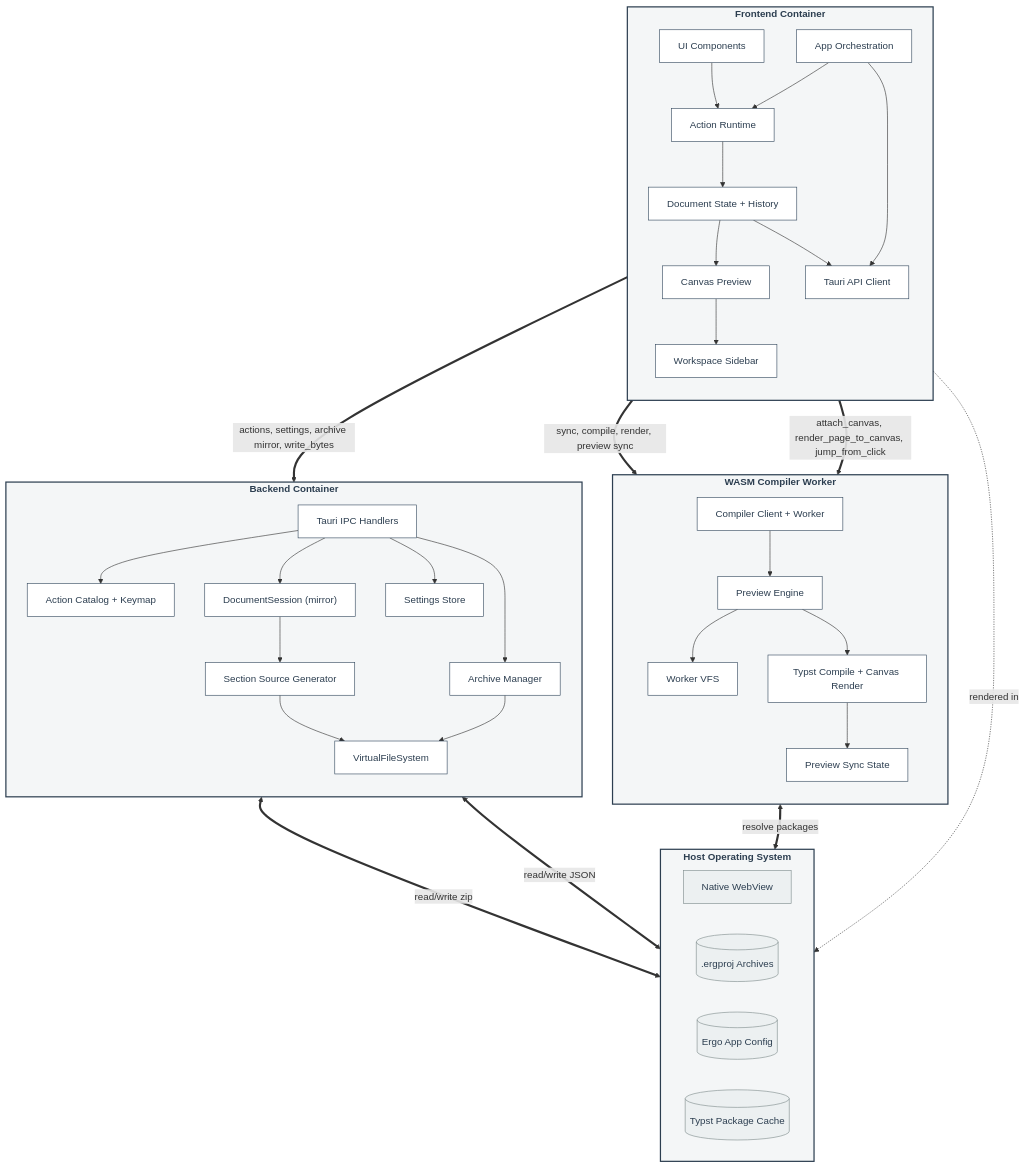
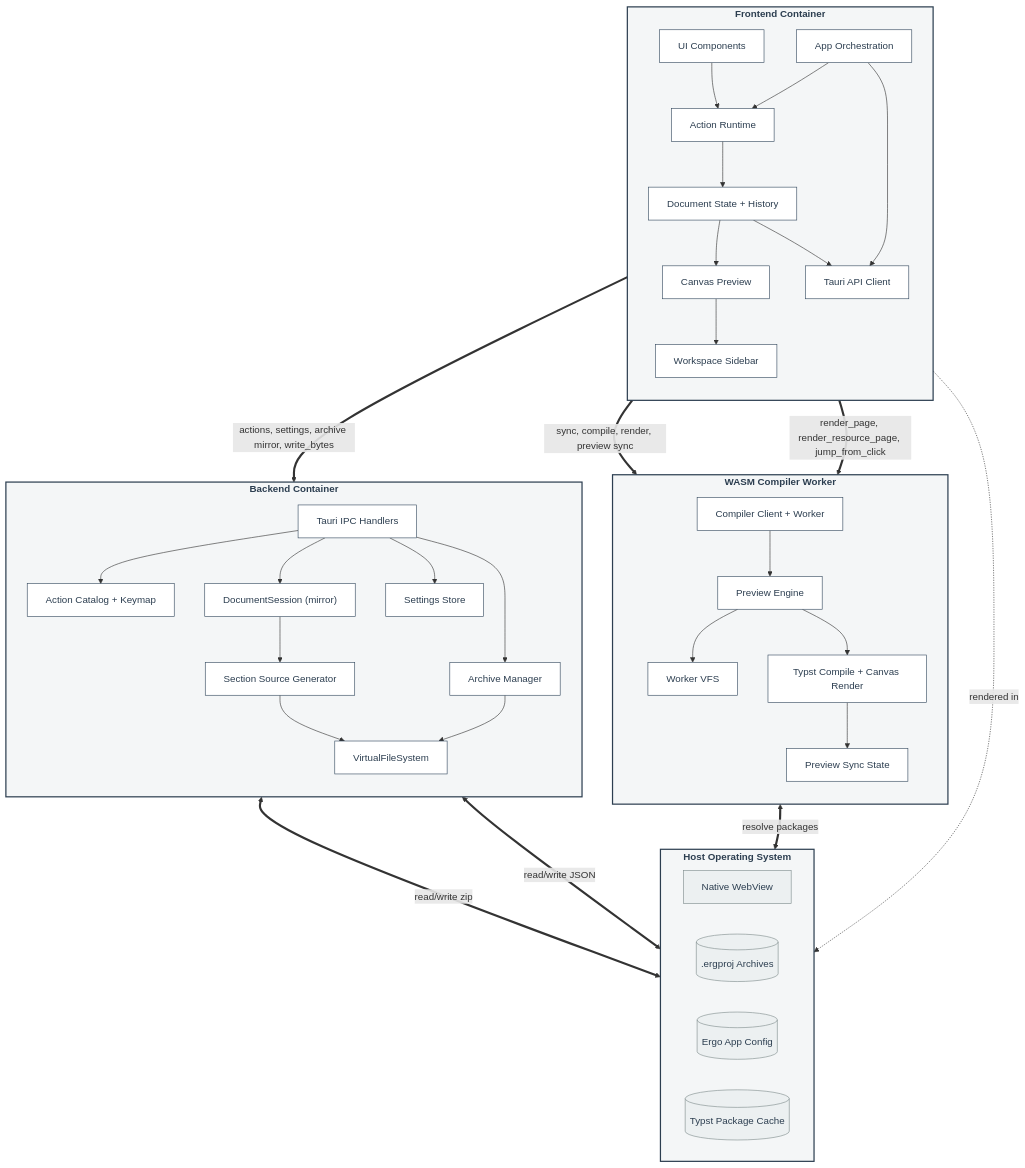
The diagram in context/component-diagram.md (andmoreduro/ergo), drawn with Mermaid before and after one commit. The commit also changed other lines of this file and 13 other files, not shown here.

Commit message:
Revert worker-owned preview canvas rendering

````diff
--- a/context/component-diagram.md
+++ b/context/component-diagram.md
@@ -18,79 +18,79 @@
 ```mermaid
 flowchart TB
     classDef container fill:#f4f6f7,stroke:#2c3e50,stroke-width:2px,color:#2c3e50,font-weight:bold;
     classDef comp fill:#ffffff,stroke:#34495e,stroke-width:1px,color:#2c3e50;
     classDef db fill:#ecf0f1,stroke:#7f8c8d,stroke-width:1px,color:#2c3e50;
 
     subgraph Frontend ["Frontend Container"]
         direction TB
         UI["UI Components"]:::comp
         Actions["Action Runtime"]:::comp
         DocState["Document State + History"]:::comp
         AppOrch["App Orchestration"]:::comp
         PreviewUI["Canvas Preview"]:::comp
         Sidebar["Workspace Sidebar"]:::comp
         TauriClient["Tauri API Client"]:::comp
 
         UI --> Actions
         Actions --> DocState
         AppOrch --> Actions
         AppOrch --> TauriClient
         DocState --> PreviewUI
         PreviewUI --> Sidebar
         DocState --> TauriClient
     end
 
     subgraph WasmWorker ["WASM Compiler Worker"]
         direction TB
         WorkerBridge["Compiler Client + Worker"]:::comp
         PreviewEngine["Preview Engine"]:::comp
         PreviewSync["Preview Sync State"]:::comp
         WorkerVFS["Worker VFS"]:::comp
         TypstCompile["Typst Compile + Canvas Render"]:::comp
 
         WorkerBridge --> PreviewEngine
         PreviewEngine --> WorkerVFS
         PreviewEngine --> TypstCompile
         TypstCompile --> PreviewSync
     end
 
     subgraph Backend ["Backend Container"]
         direction TB
         Handlers["Tauri IPC Handlers"]:::comp
         Session["DocumentSession (mirror)"]:::comp
         SourceGen["Section Source Generator"]:::comp
         VFS["VirtualFileSystem"]:::comp
         Archive["Archive Manager"]:::comp
         Settings["Settings Store"]:::comp
         ActionCatalog["Action Catalog + Keymap"]:::comp
 
         Handlers --> ActionCatalog
         Handlers --> Session
         Handlers --> Archive
         Handlers --> Settings
         Session --> SourceGen
         SourceGen --> VFS
         Archive --> VFS
     end
 
     subgraph System ["Host Operating System"]
         direction LR
         WebView["Native WebView"]:::db
         ProjectFiles[(".ergproj Archives")]:::db
         SettingsFile[("Ergo App Config")]:::db
         TypstCache[("Typst Package Cache")]:::db
     end
 
     Frontend -. "rendered in" .-> WebView
     DocState == "sync, compile, render, preview sync" ==> WorkerBridge
-    PreviewUI == "attach_canvas, render_page_to_canvas, jump_from_click" ==> WorkerBridge
+    PreviewUI == "render_page, render_resource_page, jump_from_click" ==> WorkerBridge
     TauriClient == "actions, settings, archive mirror, write_bytes" ==> Handlers
     Archive <== "read/write zip" ==> ProjectFiles
     Settings <== "read/write JSON" ==> SettingsFile
     TypstCompile <== "resolve packages" ==> TypstCache
 
     class Frontend container
     class WasmWorker container
     class Backend container
     class System container
 ```
````
